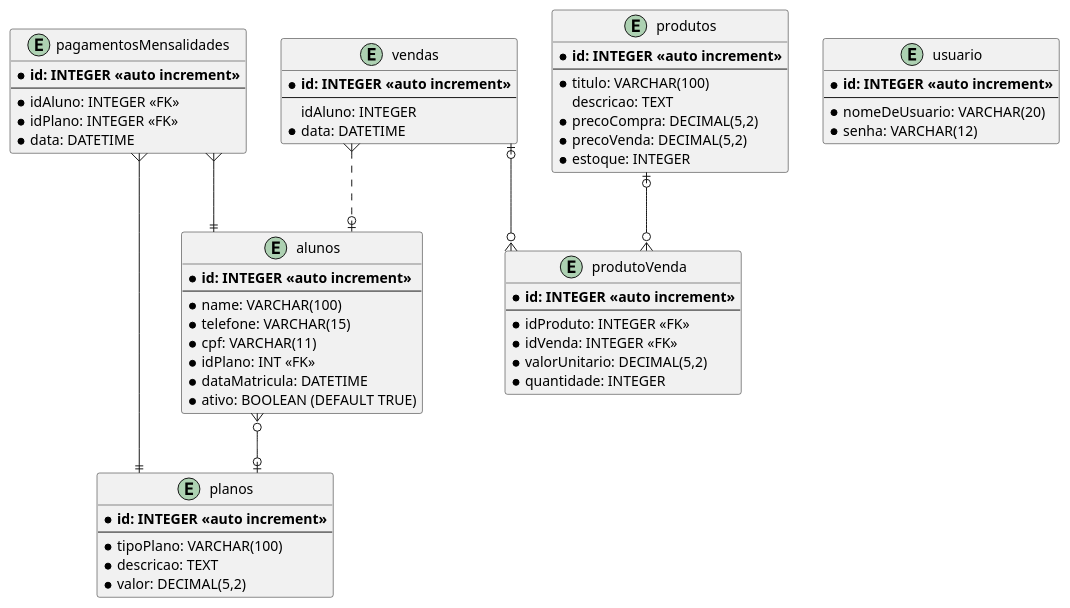
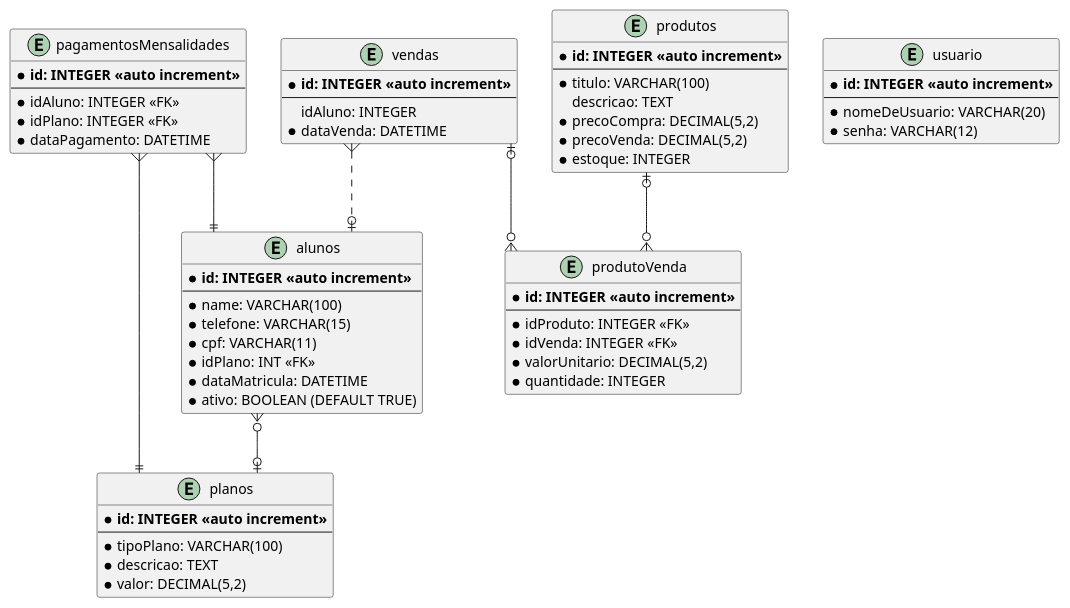
The diagram in Diagramas/BancoDeDados/bancoDeDados.puml (PI-2-semestre-DSM/app-acad), drawn with PlantUML before and after one commit. The commit also changed 1 other file, not shown here.

Commit message:
update: db diagram and schema

```diff
--- a/Diagramas/BancoDeDados/bancoDeDados.puml
+++ b/Diagramas/BancoDeDados/bancoDeDados.puml
@@ -1,71 +1,71 @@
 @startuml TitaniumDBSchema
 skinparam linetype ortho
 
 entity "alunos" {
 * **id: INTEGER <<auto increment>>**
 --
 *name: VARCHAR(100)
 *telefone: VARCHAR(15)
 *cpf: VARCHAR(11)
 *idPlano: INT <<FK>>
 *dataMatricula: DATETIME
 *ativo: BOOLEAN (DEFAULT TRUE)
 }
 
 entity "produtos" {
 * **id: INTEGER <<auto increment>>**
 --
 *titulo: VARCHAR(100)
  descricao: TEXT
 *precoCompra: DECIMAL(5,2)
 *precoVenda: DECIMAL(5,2)
 *estoque: INTEGER
 }
 
 
 entity "vendas" {
 * **id: INTEGER <<auto increment>>**
 --
  idAluno: INTEGER
-*data: DATETIME
+*dataVenda: DATETIME
 }
 
 entity "produtoVenda" {
 * **id: INTEGER <<auto increment>>**
 --
 *idProduto: INTEGER <<FK>>
 *idVenda: INTEGER <<FK>>
 *valorUnitario: DECIMAL(5,2)
 *quantidade: INTEGER
 }
 
 entity "planos" {
 * **id: INTEGER <<auto increment>>**
 --
 *tipoPlano: VARCHAR(100)
 *descricao: TEXT
 *valor: DECIMAL(5,2)
 }
 
 entity "pagamentosMensalidades" {
 * **id: INTEGER <<auto increment>>**
 --
 *idAluno: INTEGER <<FK>>
 *idPlano: INTEGER <<FK>>
-*data: DATETIME
+*dataPagamento: DATETIME
 }
 
 entity "usuario" {
 * **id: INTEGER <<auto increment>>**
 --
 *nomeDeUsuario: VARCHAR(20)
 *senha: VARCHAR(12)
 }
 
 alunos }o--o|planos
 vendas |o--o{ produtoVenda
 produtos |o--o{ produtoVenda
 pagamentosMensalidades }--|| alunos
 pagamentosMensalidades }--|| planos
 vendas }..o| alunos
 @enduml
```
